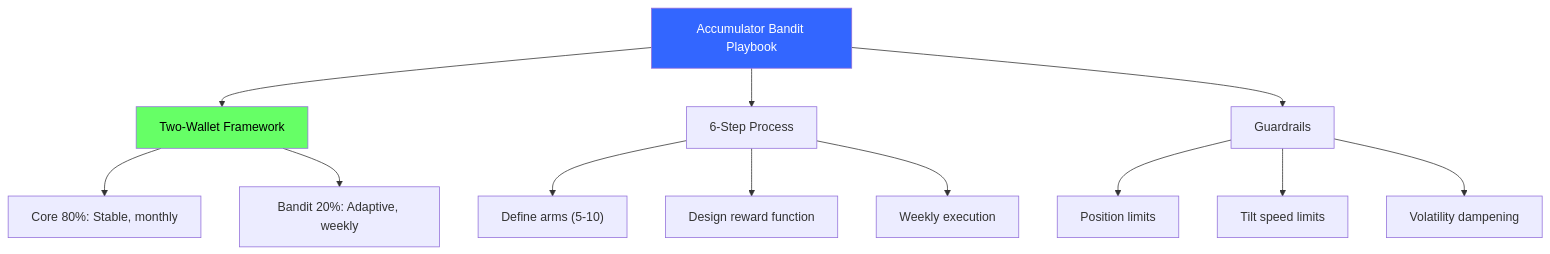
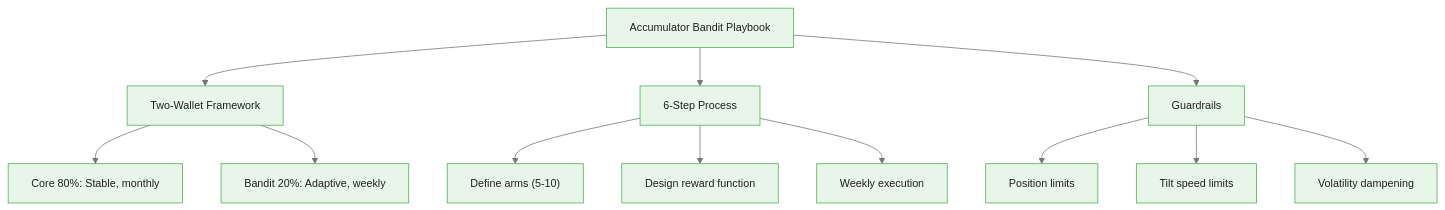
The fourth of 4 diagrams in courses/multi-armed-bandits-ab-testing/modules/module_05_commodity_trading_bandits/guides/01_accumulator_bandit_playbook_slides.md (m-deane/course-creator), drawn with Mermaid before and after one commit. The commit also changed other lines of this file and 146 other files, not shown here.

````diff
--- a/courses/multi-armed-bandits-ab-testing/modules/module_05_commodity_trading_bandits/guides/01_accumulator_bandit_playbook_slides.md
+++ b/courses/multi-armed-bandits-ab-testing/modules/module_05_commodity_trading_bandits/guides/01_accumulator_bandit_playbook_slides.md
@@ -272,20 +309,18 @@
 ```mermaid
+%%{init: {"theme": "base", "themeVariables": {"primaryColor": "#e8f5e9", "primaryBorderColor": "#4caf50", "primaryTextColor": "#212121", "secondaryColor": "#e3f2fd", "tertiaryColor": "#fff8e1", "lineColor": "#757575", "fontFamily": "Inter, sans-serif", "fontSize": "14px"}}}%%
 flowchart TD
     ABP["Accumulator Bandit Playbook"] --> TW["Two-Wallet Framework"]
     ABP --> Steps["6-Step Process"]
     ABP --> Guard["Guardrails"]
 
     TW --> Core_v["Core 80%: Stable, monthly"]
     TW --> Sleeve["Bandit 20%: Adaptive, weekly"]
 
     Steps --> Define["Define arms (5-10)"]
     Steps --> Score["Design reward function"]
     Steps --> Execute["Weekly execution"]
 
     Guard --> Pos["Position limits"]
     Guard --> Speed["Tilt speed limits"]
     Guard --> Vol["Volatility dampening"]
-
-    style ABP fill:#36f,color:#fff
-    style TW fill:#6f6,color:#000
 ```
````
